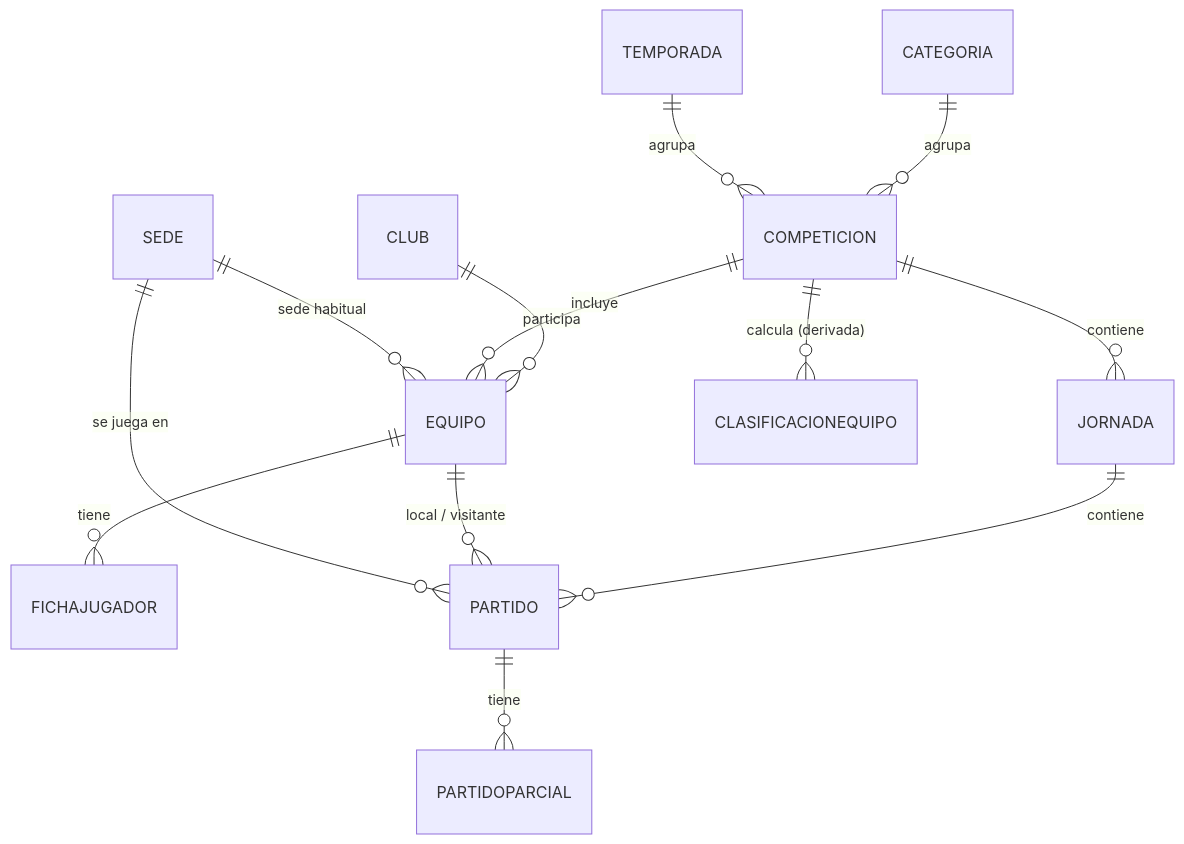
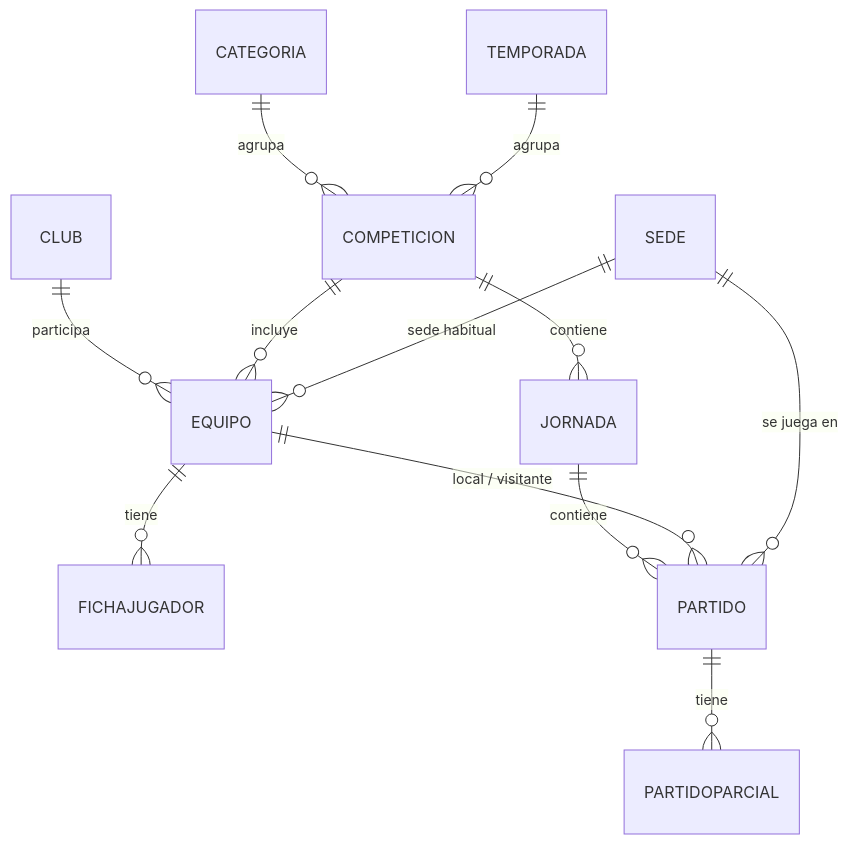
Before and after one commit to eduarroyo/basket: the diagram in docs/data-model.md, drawn with Mermaid. The commit also changed other lines of this file and 5 other files, not shown here.

````diff
--- a/docs/data-model.md
+++ b/docs/data-model.md
@@ -7,15 +7,14 @@
 ```mermaid
 erDiagram
     CATEGORIA ||--o{ COMPETICION : agrupa
     TEMPORADA ||--o{ COMPETICION : agrupa
     CLUB ||--o{ EQUIPO : participa
     COMPETICION ||--o{ EQUIPO : incluye
     SEDE ||--o{ EQUIPO : "sede habitual"
     EQUIPO ||--o{ FICHAJUGADOR : tiene
     COMPETICION ||--o{ JORNADA : contiene
     JORNADA ||--o{ PARTIDO : contiene
     EQUIPO ||--o{ PARTIDO : "local / visitante"
     SEDE ||--o{ PARTIDO : "se juega en"
     PARTIDO ||--o{ PARTIDOPARCIAL : tiene
-    COMPETICION ||--o{ CLASIFICACIONEQUIPO : "calcula (derivada)"
 ```
````
